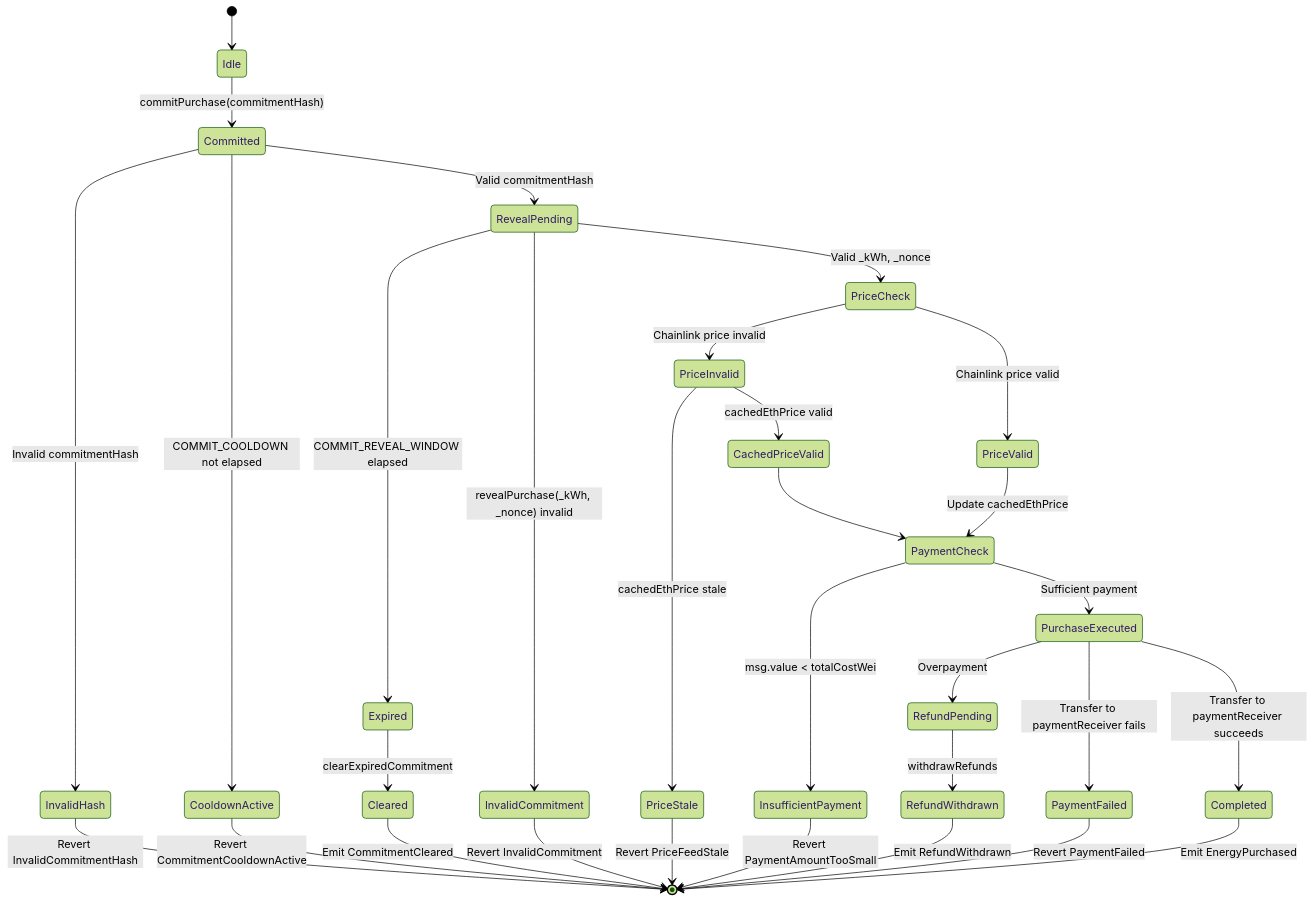
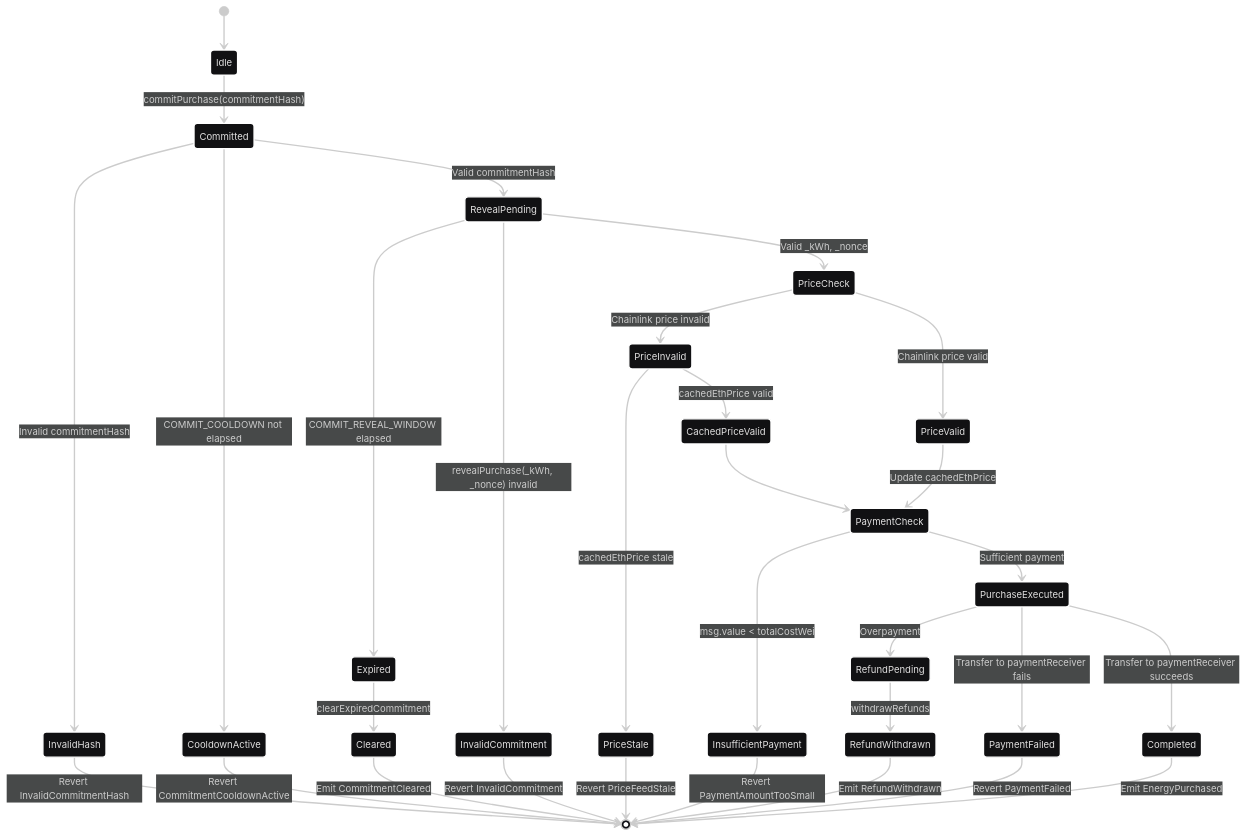
The diagram in docs/diagrams/commit-reveal-state.mmd (Link2004tw/quantum-energy-contracts), drawn with Mermaid before and after one commit.

```diff
--- a/docs/diagrams/commit-reveal-state.mmd
+++ b/docs/diagrams/commit-reveal-state.mmd
@@ -1,36 +1,36 @@
 ---
 config:
-  theme: forest
+  theme: redux-dark
   layout: dagre
 ---
 stateDiagram-v2
     [*] --> Idle
     Idle --> Committed: commitPurchase(commitmentHash)
     Committed --> InvalidHash: Invalid commitmentHash
     InvalidHash --> [*]: Revert InvalidCommitmentHash
     Committed --> CooldownActive: COMMIT_COOLDOWN not elapsed
     CooldownActive --> [*]: Revert CommitmentCooldownActive
     Committed --> RevealPending: Valid commitmentHash
     RevealPending --> Expired: COMMIT_REVEAL_WINDOW elapsed
     Expired --> Cleared: clearExpiredCommitment
     Cleared --> [*]: Emit CommitmentCleared
     RevealPending --> InvalidCommitment: revealPurchase(_kWh, _nonce) invalid
     InvalidCommitment --> [*]: Revert InvalidCommitment
     RevealPending --> PriceCheck: Valid _kWh, _nonce
     PriceCheck --> PriceInvalid: Chainlink price invalid
     PriceInvalid --> CachedPriceValid: cachedEthPrice valid
     PriceInvalid --> PriceStale: cachedEthPrice stale
     PriceStale --> [*]: Revert PriceFeedStale
     CachedPriceValid --> PaymentCheck
     PriceCheck --> PriceValid: Chainlink price valid
     PriceValid --> PaymentCheck: Update cachedEthPrice
     PaymentCheck --> InsufficientPayment: msg.value < totalCostWei
     InsufficientPayment --> [*]: Revert PaymentAmountTooSmall
     PaymentCheck --> PurchaseExecuted: Sufficient payment
     PurchaseExecuted --> RefundPending: Overpayment
     RefundPending --> RefundWithdrawn: withdrawRefunds
     RefundWithdrawn --> [*]: Emit RefundWithdrawn
     PurchaseExecuted --> PaymentFailed: Transfer to paymentReceiver fails
     PaymentFailed --> [*]: Revert PaymentFailed
     PurchaseExecuted --> Completed: Transfer to paymentReceiver succeeds
     Completed --> [*]: Emit EnergyPurchased
```
